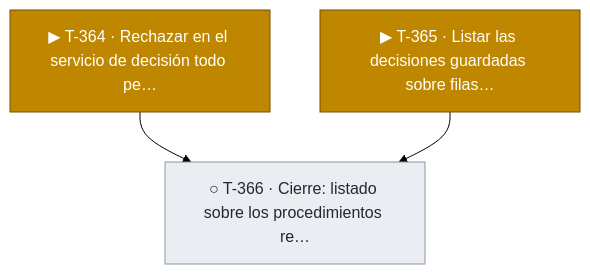
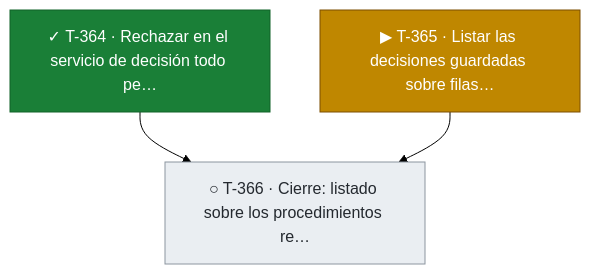
One commit to snavello/EVALUON changed diagram 27 of 27 in docs/tablero.md. Above: the diagram before and after it, drawn with Mermaid (forest theme). The commit also changed other lines of this file and 1 other file, not shown here.

Commit message:
gestión: T-364 terminada (el servicio rechaza decidir una fila técnica); tablero

````diff
--- a/docs/tablero.md
+++ b/docs/tablero.md
@@ -2041,13 +2041,13 @@
 ```mermaid
 flowchart TD
-  T364["▶ T-364 · Rechazar en el servicio de decisión todo pe…"]:::active
+  T364["✓ T-364 · Rechazar en el servicio de decisión todo pe…"]:::done
   T365["▶ T-365 · Listar las decisiones guardadas sobre filas…"]:::active
   T366["○ T-366 · Cierre: listado sobre los procedimientos re…"]:::todo
   T364 --> T366
   T365 --> T366
   classDef done fill:#1a7f37,stroke:#116329,color:#ffffff
   classDef review fill:#0969da,stroke:#0550ae,color:#ffffff
   classDef active fill:#bf8700,stroke:#7d4e00,color:#ffffff
   classDef blocked fill:#cf222e,stroke:#a40e26,color:#ffffff
   classDef todo fill:#eaeef2,stroke:#8c959f,color:#24292f
 ```
````
